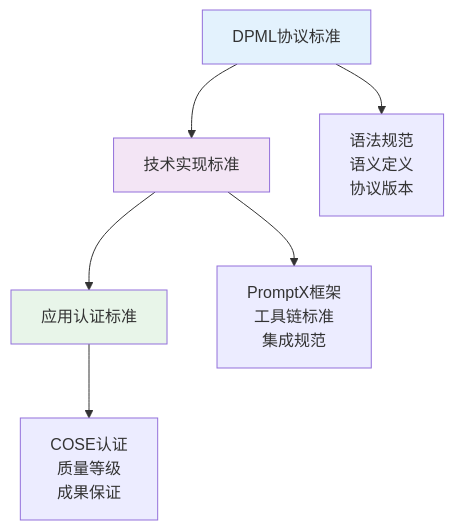
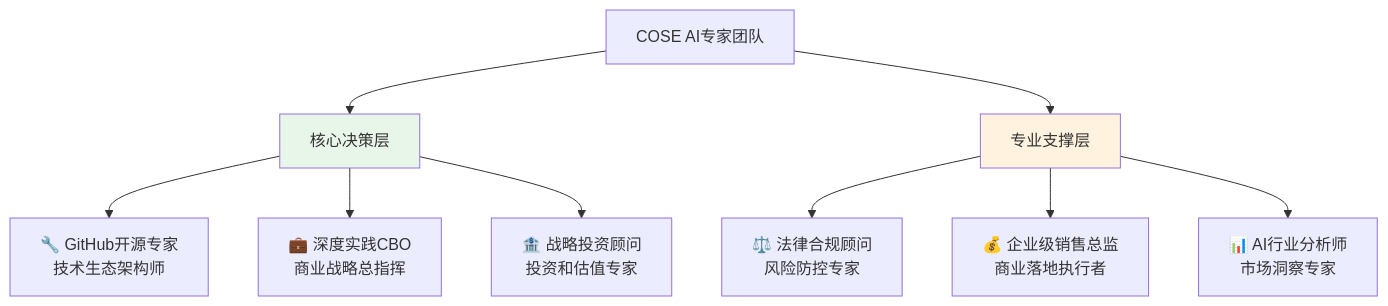
The third of 3 diagrams in README.md (Deepractice/COSE), drawn with Mermaid before and after one commit. The commit also changed other lines of this file and 19 other files, not shown here.

````diff
--- a/README.md
+++ b/README.md
@@ -128,13 +62,16 @@
 ```mermaid
 graph TD
-    A[DPML协议标准] --> B[技术实现标准]
-    B --> C[应用认证标准]
+    A[COSE AI专家团队] --> B[核心决策层]
+    A --> C[专业支撑层]
     
-    A --> A1[语法规范<br/>语义定义<br/>协议版本]
-    B --> B1[PromptX框架<br/>工具链标准<br/>集成规范]
-    C --> C1[COSE认证<br/>质量等级<br/>成果保证]
+    B --> B1[🔧 GitHub开源专家<br/>技术生态架构师]
+    B --> B2[💼 深度实践CBO<br/>商业战略总指挥]
+    B --> B3[🏦 战略投资顾问<br/>投资和估值专家]
     
-    style A fill:#e3f2fd
-    style B fill:#f3e5f5
-    style C fill:#e8f5e9
+    C --> C1[⚖️ 法律合规顾问<br/>风险防控专家]
+    C --> C2[💰 企业级销售总监<br/>商业落地执行者]
+    C --> C3[📊 AI行业分析师<br/>市场洞察专家]
+    
+    style B fill:#e8f5e9
+    style C fill:#fff3e0
 ```
````
